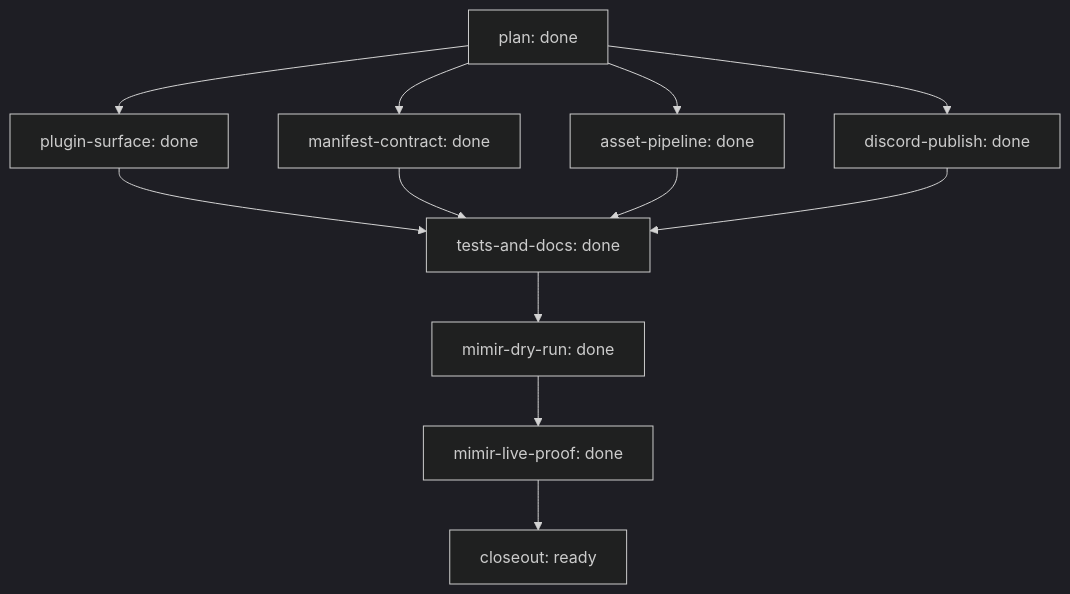
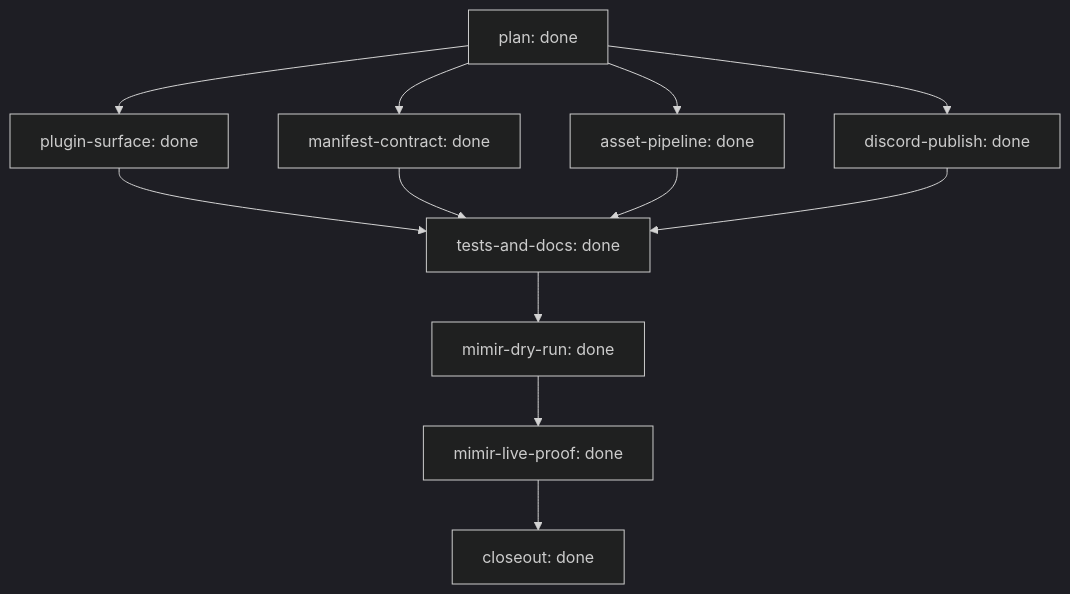
Before and after one commit to infiquetra/infiquetra-codex-plugins: the diagram in docs/outcomes/discord-visual-identity-publisher/report.md, drawn with Mermaid (dark theme). The commit also changed other lines of this file and 1 other file, not shown here.

````diff
--- a/docs/outcomes/discord-visual-identity-publisher/report.md
+++ b/docs/outcomes/discord-visual-identity-publisher/report.md
@@ -7,23 +7,23 @@
 ```mermaid
 flowchart TD
     plan["plan: done"]
     plugin-surface["plugin-surface: done"]
     manifest-contract["manifest-contract: done"]
     asset-pipeline["asset-pipeline: done"]
     discord-publish["discord-publish: done"]
     tests-and-docs["tests-and-docs: done"]
     mimir-dry-run["mimir-dry-run: done"]
     mimir-live-proof["mimir-live-proof: done"]
-    closeout["closeout: ready"]
+    closeout["closeout: done"]
     plan --> plugin-surface
     plan --> manifest-contract
     plan --> asset-pipeline
     plan --> discord-publish
     plugin-surface --> tests-and-docs
     manifest-contract --> tests-and-docs
     asset-pipeline --> tests-and-docs
     discord-publish --> tests-and-docs
     tests-and-docs --> mimir-dry-run
     mimir-dry-run --> mimir-live-proof
     mimir-live-proof --> closeout
 ```
````
